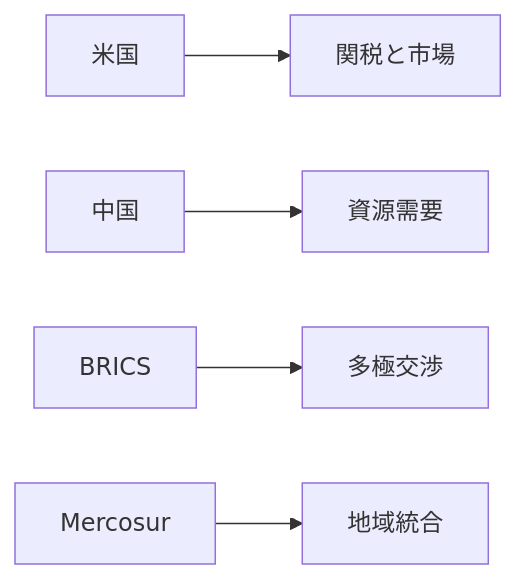
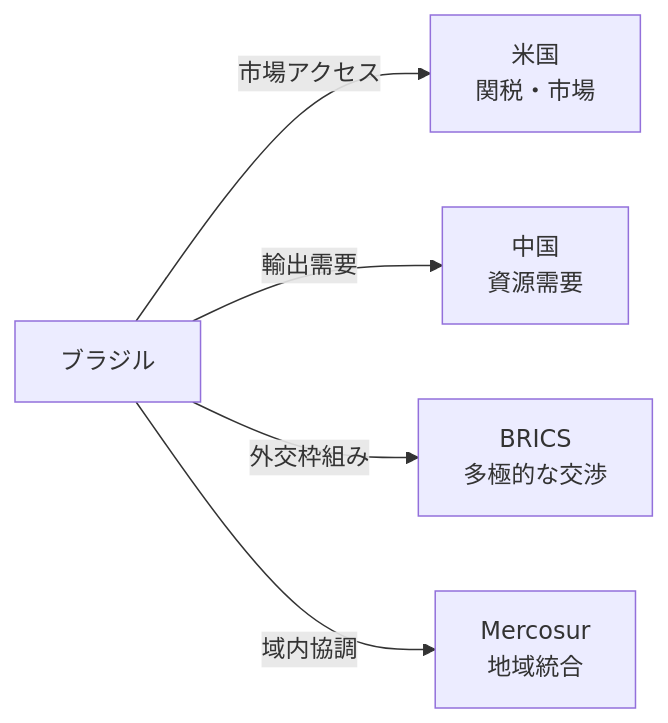
Before and after one commit to daylight55/research: the fourth of 4 diagrams in articles/report/brazil-geopolitical-profile/ja/index.mdx, drawn with Mermaid. The commit also changed other lines of this file and 181 other files, not shown here.

First line of the commit message:
全記事の図解368点を再生成し、共通注意書きを削除 (#402)

````diff
--- a/articles/report/brazil-geopolitical-profile/ja/index.mdx
+++ b/articles/report/brazil-geopolitical-profile/ja/index.mdx
@@ -127,7 +145,14 @@
 ```mermaid
 flowchart LR
-  A["米国"] --> B["関税と市場"]
-  C["中国"] --> D["資源需要"]
-  E["BRICS"] --> F["多極交渉"]
-  G["Mercosur"] --> H["地域統合"]
+  accTitle: ブラジル外交の四つの交渉軸
+  accDescr: 米国市場、中国の資源需要、BRICS、Mercosurでは、ブラジルが交渉する相手と利益が異なる。
+  N0["ブラジル"]
+  N1["米国<br/>関税・市場"]
+  N2["中国<br/>資源需要"]
+  N3["BRICS<br/>多極的な交渉"]
+  N4["Mercosur<br/>地域統合"]
+  N0 -->|市場アクセス| N1
+  N0 -->|輸出需要| N2
+  N0 -->|外交枠組み| N3
+  N0 -->|域内協調| N4
 ```
````
